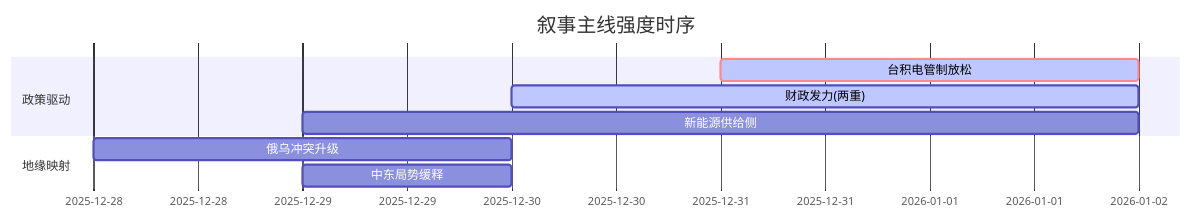
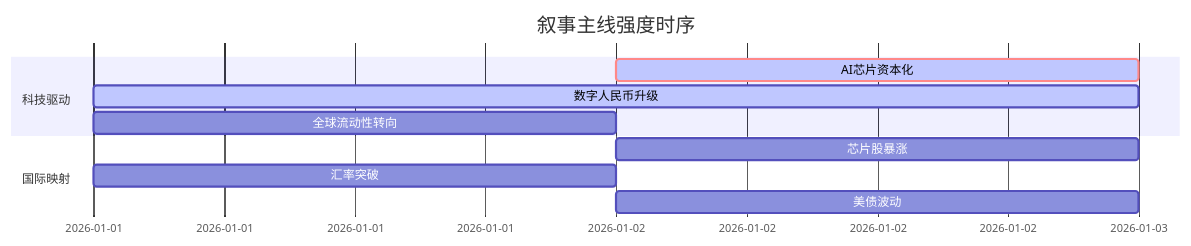
One commit to uu5zn/uu5zn.github.io changed the diagram in 5day_report.md. Above: the diagram before and after it, drawn with Mermaid. The commit also changed other lines of this file and 17 other files, not shown here.

````diff
--- a/5day_report.md
+++ b/5day_report.md
@@ -56,13 +51,14 @@
 ```mermaid
 gantt
     title 叙事主线强度时序
     dateFormat  YYYY-MM-DD
-    section 政策驱动
-    台积电管制放松   :crit, active, 2025-12-31, 2d
-    财政发力(两重)   :active, 2025-12-30, 3d
-    新能源供给侧     :2025-12-29, 4d
+    section 科技驱动
+    AI芯片资本化   :crit, active, 2026-01-02, 1d
+    数字人民币升级   :active, 2026-01-01, 2d
+    全球流动性转向   :2026-01-01, 1d
     
-    section 地缘映射
-    俄乌冲突升级     :2025-12-28, 2d
-    中东局势缓释     :2025-12-29, 1d
+    section 国际映射
+    芯片股暴涨   :2026-01-02, 1d
+    汇率突破   :2026-01-01, 1d
+    美债波动   :2026-01-02, 1d
 ```
````
